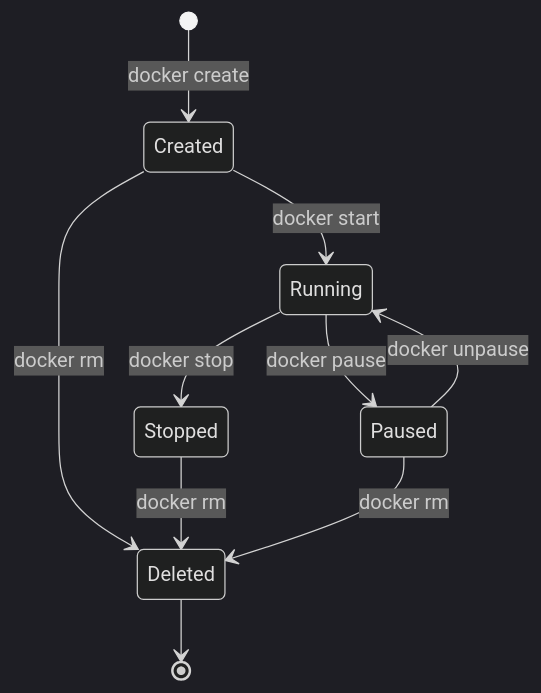
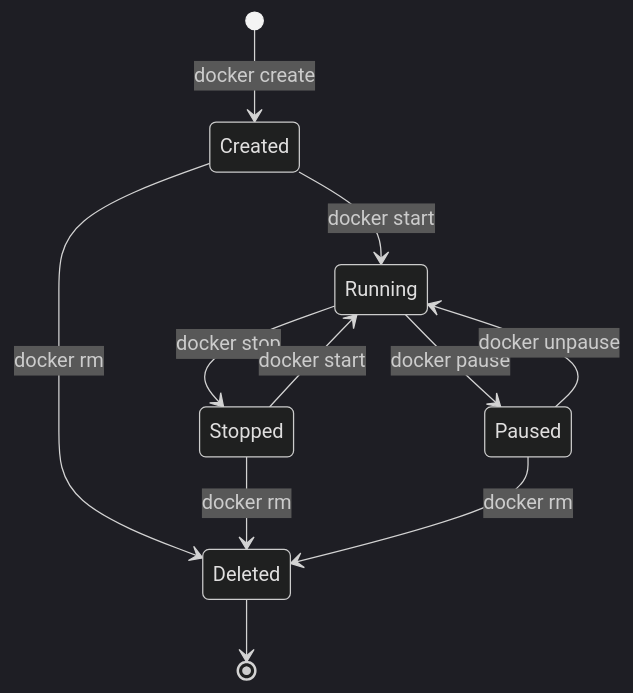
Before and after one commit to yeasy/docker_practice: the second of 2 diagrams in 05_container/5.3_stop.md, drawn with Mermaid (dark theme). The commit also changed other lines of this file and 6 other files, not shown here.

````diff
--- a/05_container/5.3_stop.md
+++ b/05_container/5.3_stop.md
@@ -150,15 +150,16 @@
 ```mermaid
 stateDiagram-v2
     direction TB
     [*] --> Created : docker create
     Created --> Running : docker start
     Running --> Stopped : docker stop
+    Stopped --> Running : docker start
     Running --> Paused : docker pause
     Paused --> Running : docker unpause
 
     Created --> Deleted : docker rm
     Stopped --> Deleted : docker rm
     Paused --> Deleted : docker rm
 
     Deleted --> [*]
 ```
````
